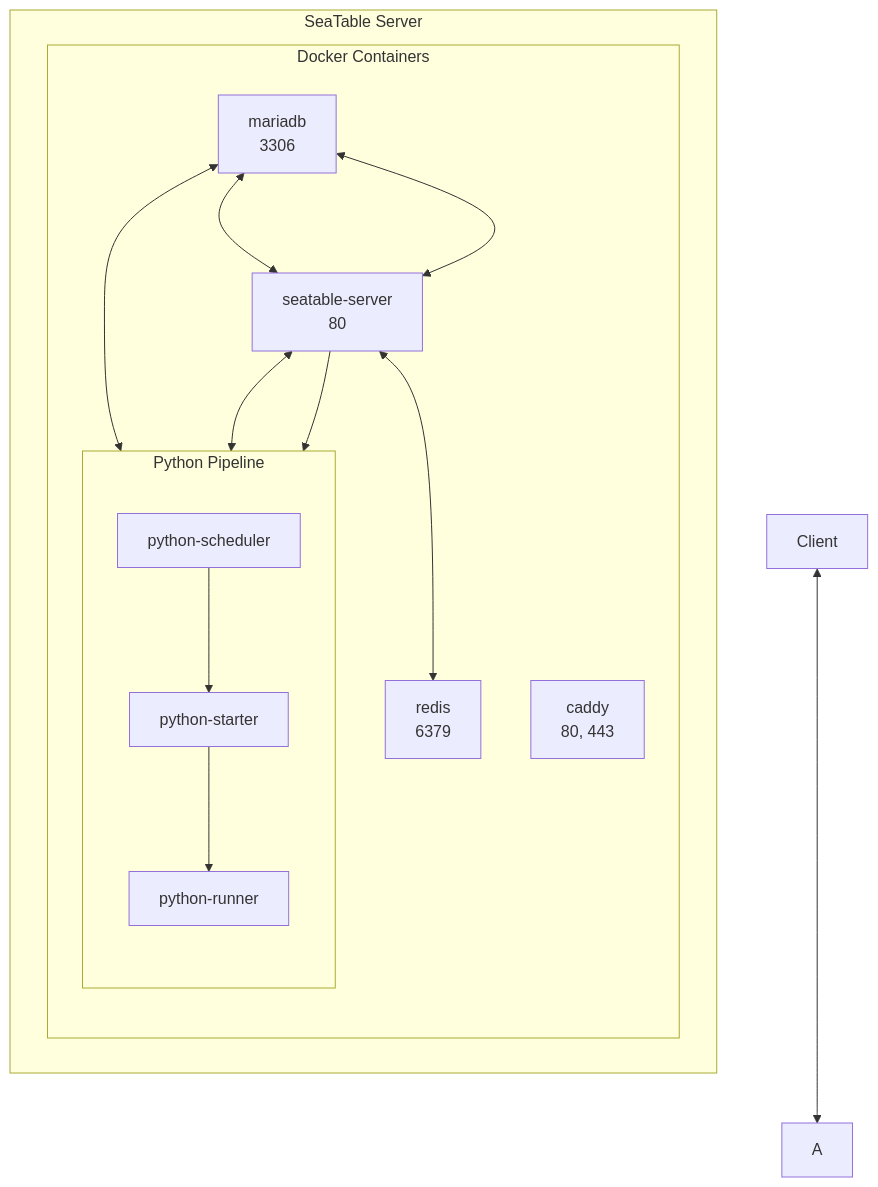
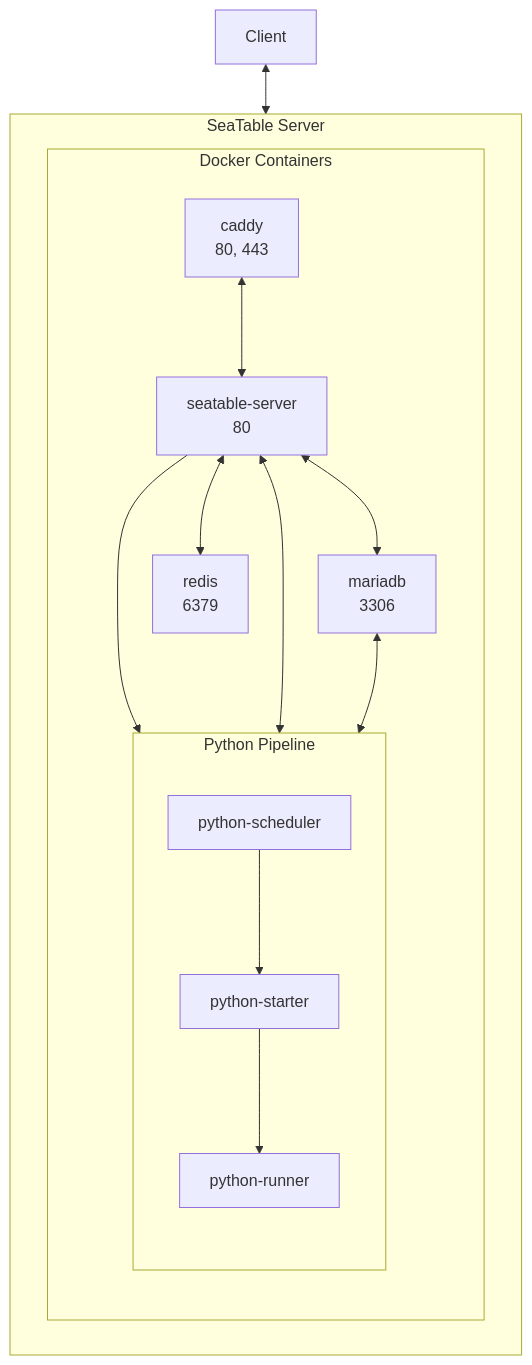
The second of 3 diagrams in docs/introduction/architecture.md (seatable/seatable-admin-docs), drawn with Mermaid before and after one commit.

Commit message:
Corrected connections

````diff
--- a/docs/introduction/architecture.md
+++ b/docs/introduction/architecture.md
@@ -33,28 +33,28 @@
 ```mermaid
 flowchart TB
-    Client<-->A
+    Client<-->C
     subgraph s[SeaTable Server]
         direction LR
         subgraph d[Docker Containers]
             direction TD
             C[caddy<br/>80, 443]
             SS[seatable-server<br/>80]
             MDB[mariadb<br/>3306]
             R[redis<br/>6379]
-            MDB<-->SS
+            C<-->SS
             SS<-->MDB
             SS<-->R
                subgraph p[Python Pipeline]
                   direction TD
                   PSc[python-scheduler]
                   PSt[python-starter]
                   PR[python-runner]
                   PSc-->PSt
                   PSt-->PR
                end
             SS-->PSc
             SS<-->PR
             MDB<-->PSc
         end
     end
 ```
````
